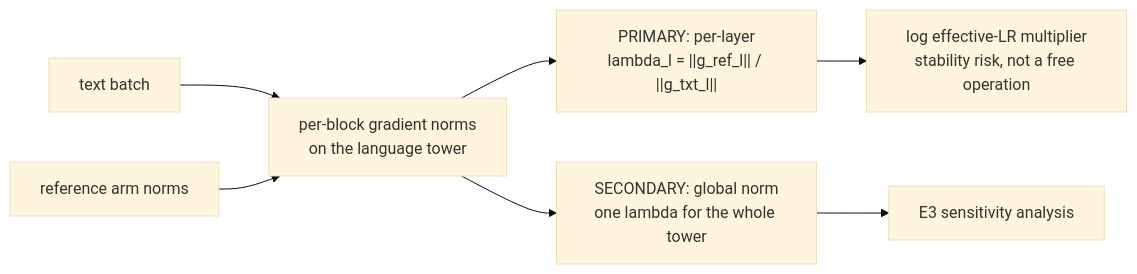
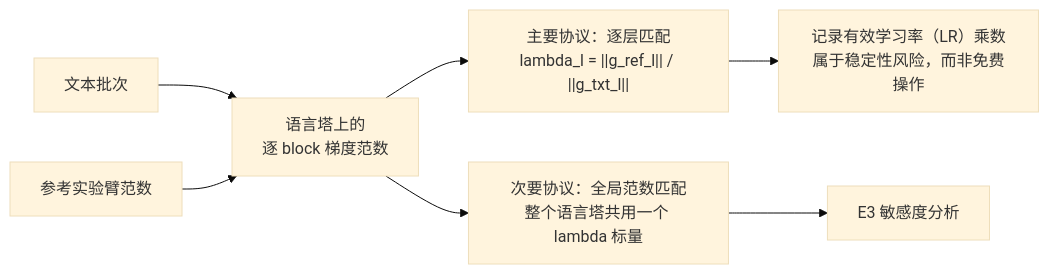
Before and after one commit to songkang688/idea: the third of 4 diagrams in Windows7/Idea_03/diagrams/architecture.md, drawn with Mermaid (base theme). The commit also changed other lines of this file and 74 other files, not shown here.

````diff
--- a/Windows7/Idea_03/diagrams/architecture.md
+++ b/Windows7/Idea_03/diagrams/architecture.md
@@ -56,9 +52,9 @@
 ```mermaid
 flowchart LR
-    T["text batch"] --> G["per-block gradient norms<br/>on the language tower"]
-    REF["reference arm norms"] --> G
-    G --> P["PRIMARY: per-layer<br/>lambda_l = ||g_ref_l|| / ||g_txt_l||"]
-    G --> S["SECONDARY: global norm<br/>one lambda for the whole tower"]
-    P --> LR["log effective-LR multiplier<br/>stability risk, not a free operation"]
-    S --> SENS["E3 sensitivity analysis"]
+    T["文本批次"] --> G["语言塔上的<br/>逐 block 梯度范数"]
+    REF["参考实验臂范数"] --> G
+    G --> P["主要协议：逐层匹配<br/>lambda_l = ||g_ref_l|| / ||g_txt_l||"]
+    G --> S["次要协议：全局范数匹配<br/>整个语言塔共用一个 lambda 标量"]
+    P --> LR["记录有效学习率（LR）乘数<br/>属于稳定性风险，而非免费操作"]
+    S --> SENS["E3 敏感度分析"]
 ```
````
